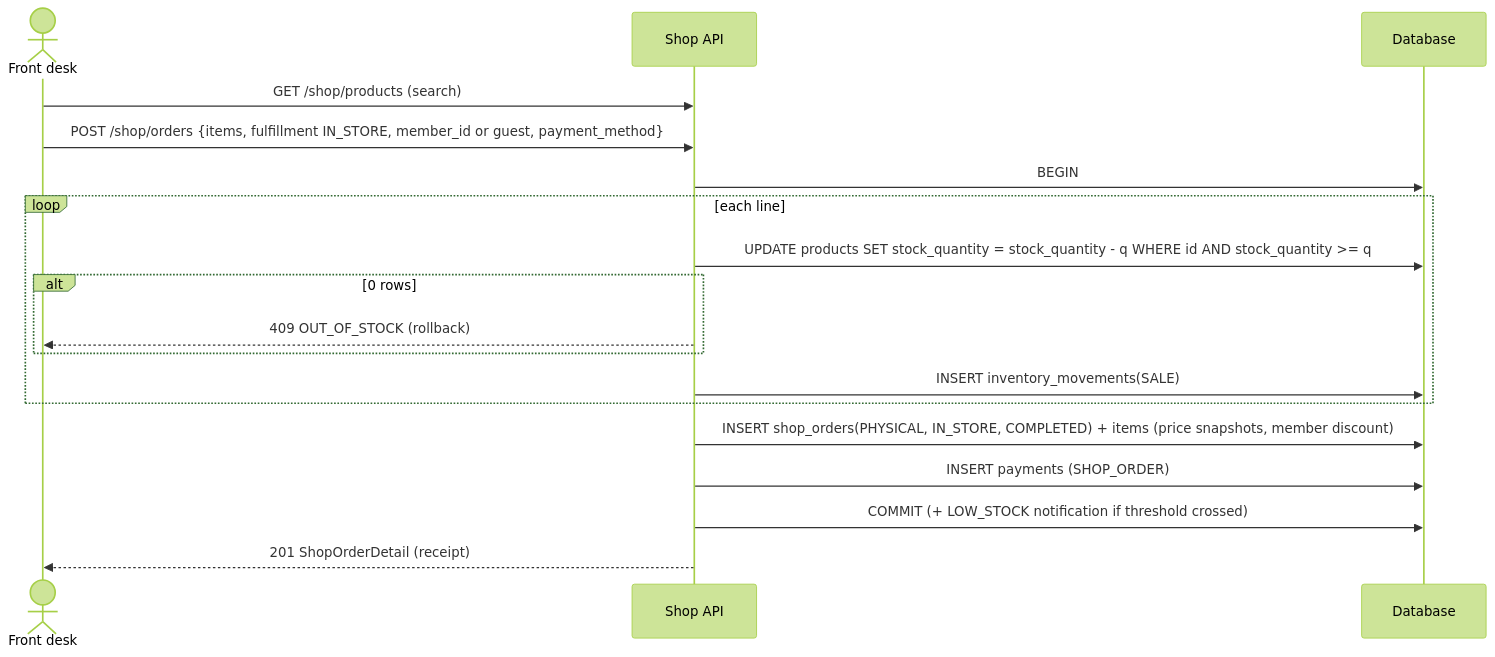
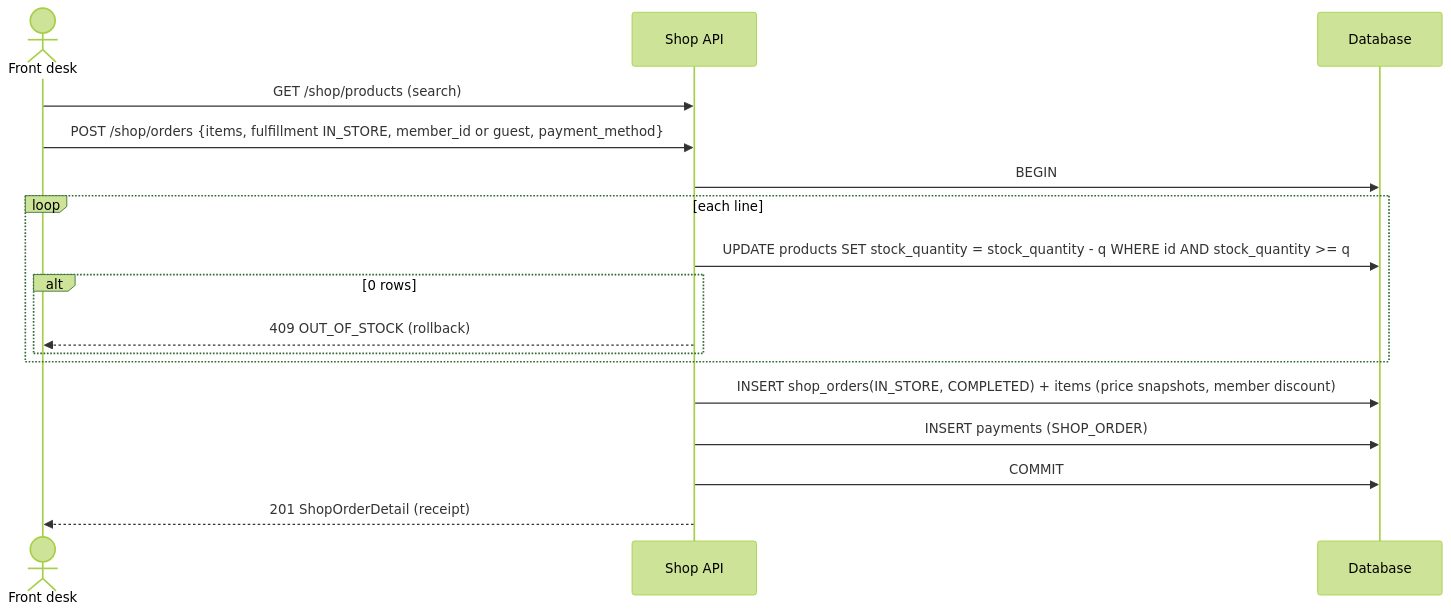
One commit to OjasPurohit/Meridian-Bay changed the eighth of 18 diagrams in docs/workflows/USER_FLOWS.md. Above: the diagram before and after it, drawn with Mermaid (forest theme). The commit also changed other lines of this file and 276 other files, not shown here.

````diff
--- a/docs/workflows/USER_FLOWS.md
+++ b/docs/workflows/USER_FLOWS.md
@@ -208,20 +173,19 @@
 ```mermaid
 sequenceDiagram
   actor FD as Front desk
   participant API as Shop API
   participant DB as Database
   FD->>API: GET /shop/products (search)
   FD->>API: POST /shop/orders {items, fulfillment IN_STORE, member_id or guest, payment_method}
   API->>DB: BEGIN
   loop each line
     API->>DB: UPDATE products SET stock_quantity = stock_quantity - q WHERE id AND stock_quantity >= q
     alt 0 rows
       API-->>FD: 409 OUT_OF_STOCK (rollback)
     end
-    API->>DB: INSERT inventory_movements(SALE)
   end
-  API->>DB: INSERT shop_orders(PHYSICAL, IN_STORE, COMPLETED) + items (price snapshots, member discount)
+  API->>DB: INSERT shop_orders(IN_STORE, COMPLETED) + items (price snapshots, member discount)
   API->>DB: INSERT payments (SHOP_ORDER)
-  API->>DB: COMMIT (+ LOW_STOCK notification if threshold crossed)
+  API->>DB: COMMIT
   API-->>FD: 201 ShopOrderDetail (receipt)
 ```
````
